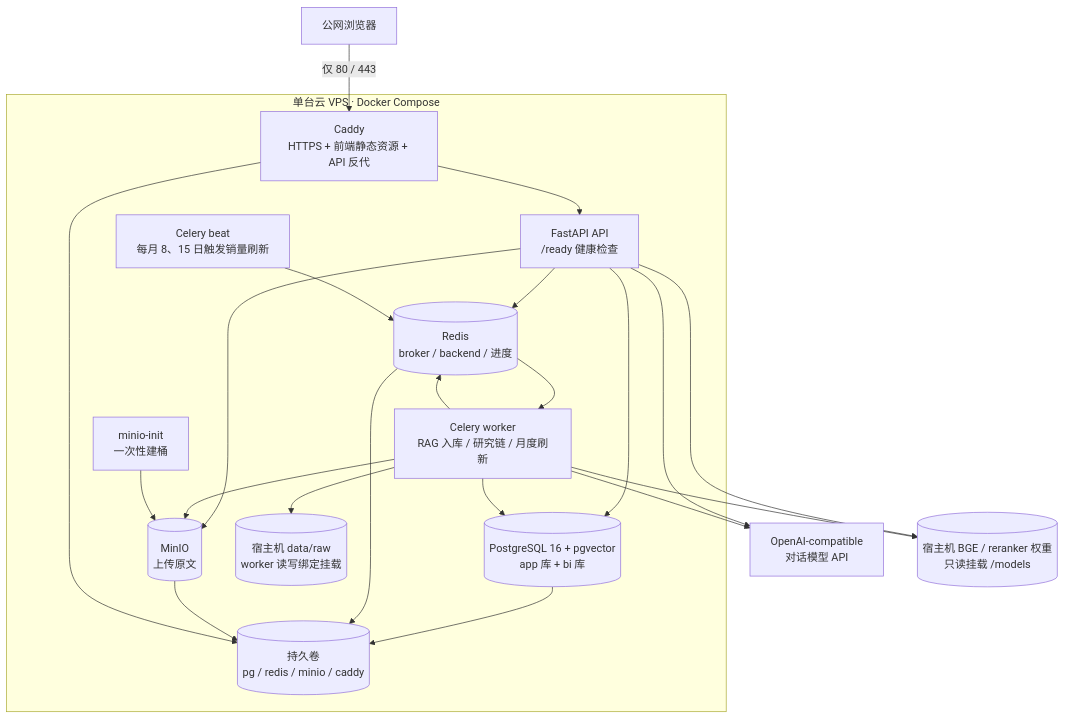
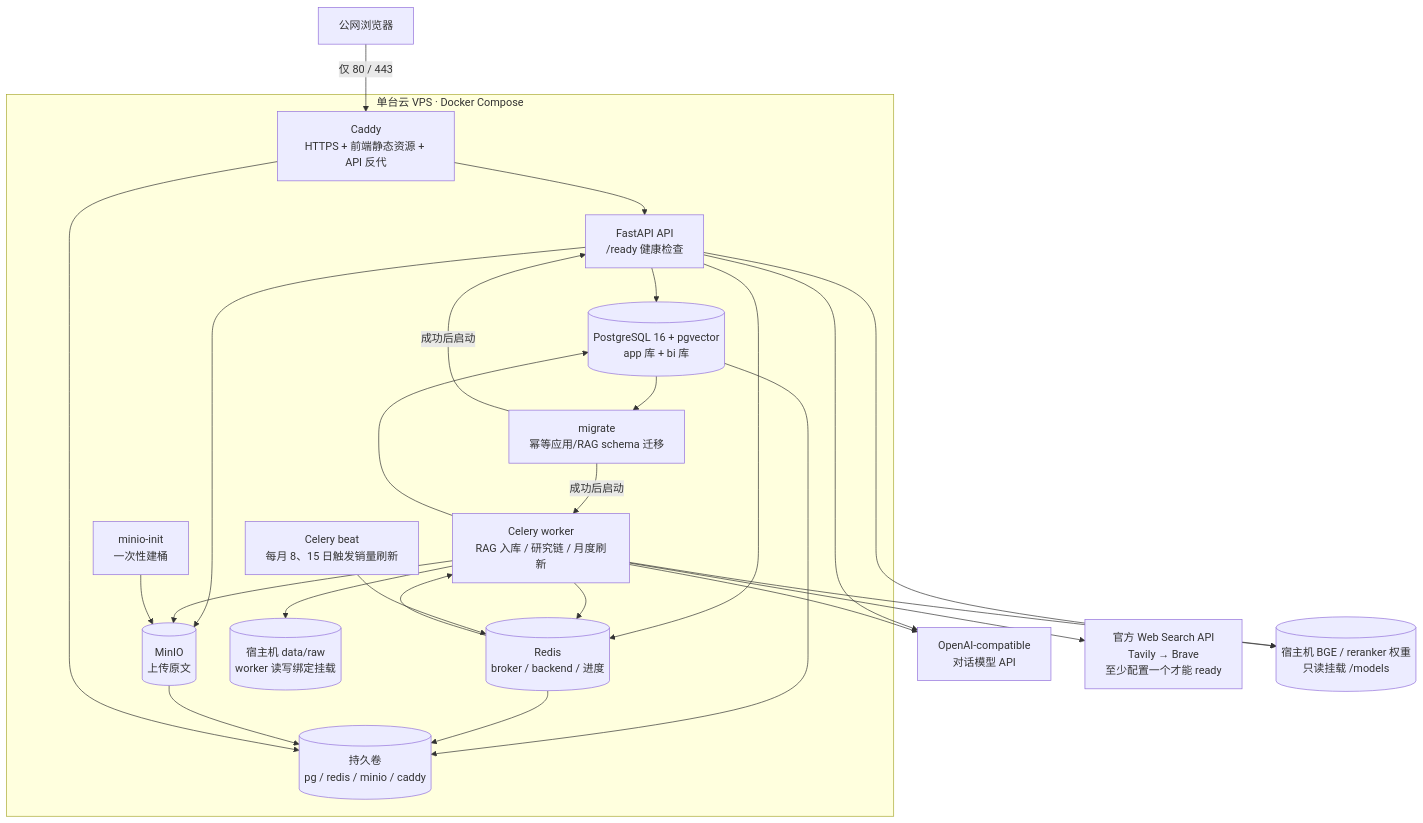
One commit to Gloria668866/study_code changed the diagram in 车市镜/docs/diagrams/production-deployment.mmd. Above: the diagram before and after it, drawn with Mermaid. The commit also changed 49 other files, not shown here.

```diff
--- a/车市镜/docs/diagrams/production-deployment.mmd
+++ b/车市镜/docs/diagrams/production-deployment.mmd
@@ -1,37 +1,43 @@
 flowchart TB
   USER["公网浏览器"] -->|"仅 80 / 443"| CADDY
   LLM["OpenAI-compatible<br/>对话模型 API"]
+  SEARCH["官方 Web Search API<br/>Tavily → Brave<br/>至少配置一个才能 ready"]
   MODELS[("宿主机 BGE / reranker 权重<br/>只读挂载 /models")]
 
   subgraph VPS["单台云 VPS · Docker Compose"]
     CADDY["Caddy<br/>HTTPS + 前端静态资源 + API 反代"]
     API["FastAPI API<br/>/ready 健康检查"]
     WORKER["Celery worker<br/>RAG 入库 / 研究链 / 月度刷新"]
     BEAT["Celery beat<br/>每月 8、15 日触发销量刷新"]
     PG[("PostgreSQL 16 + pgvector<br/>app 库 + bi 库")]
     REDIS[("Redis<br/>broker / backend / 进度")]
     MINIO[("MinIO<br/>上传原文")]
     INIT["minio-init<br/>一次性建桶"]
+    MIGRATE["migrate<br/>幂等应用/RAG schema 迁移"]
     RAW[("宿主机 data/raw<br/>worker 读写绑定挂载")]
     VOLS[("持久卷<br/>pg / redis / minio / caddy")]
   end
 
   CADDY --> API
+  PG --> MIGRATE
+  MIGRATE -->|"成功后启动"| API
+  MIGRATE -->|"成功后启动"| WORKER
   API --> PG
   API --> REDIS
   API --> MINIO
   API --> LLM
   API --> MODELS
   WORKER --> PG
   WORKER --> REDIS
   WORKER --> MINIO
   WORKER --> MODELS
   WORKER --> LLM
+  WORKER --> SEARCH
   WORKER --> RAW
   BEAT --> REDIS
   REDIS --> WORKER
   INIT --> MINIO
   PG --> VOLS
   REDIS --> VOLS
   MINIO --> VOLS
   CADDY --> VOLS
```
